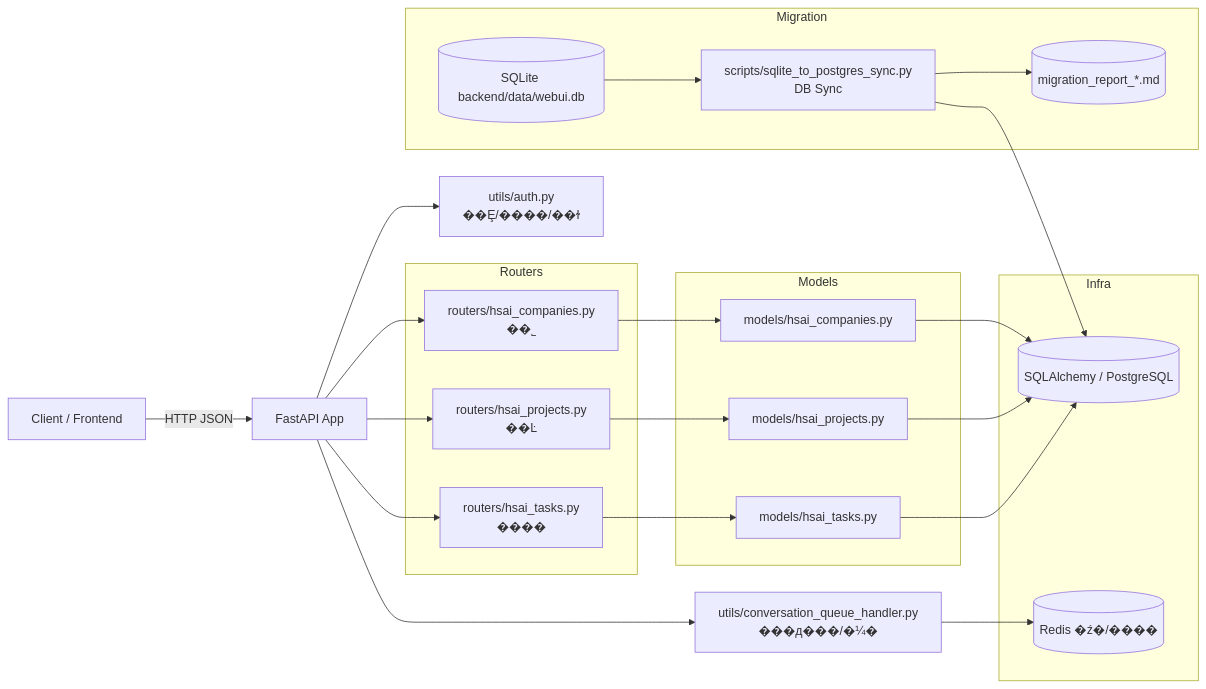
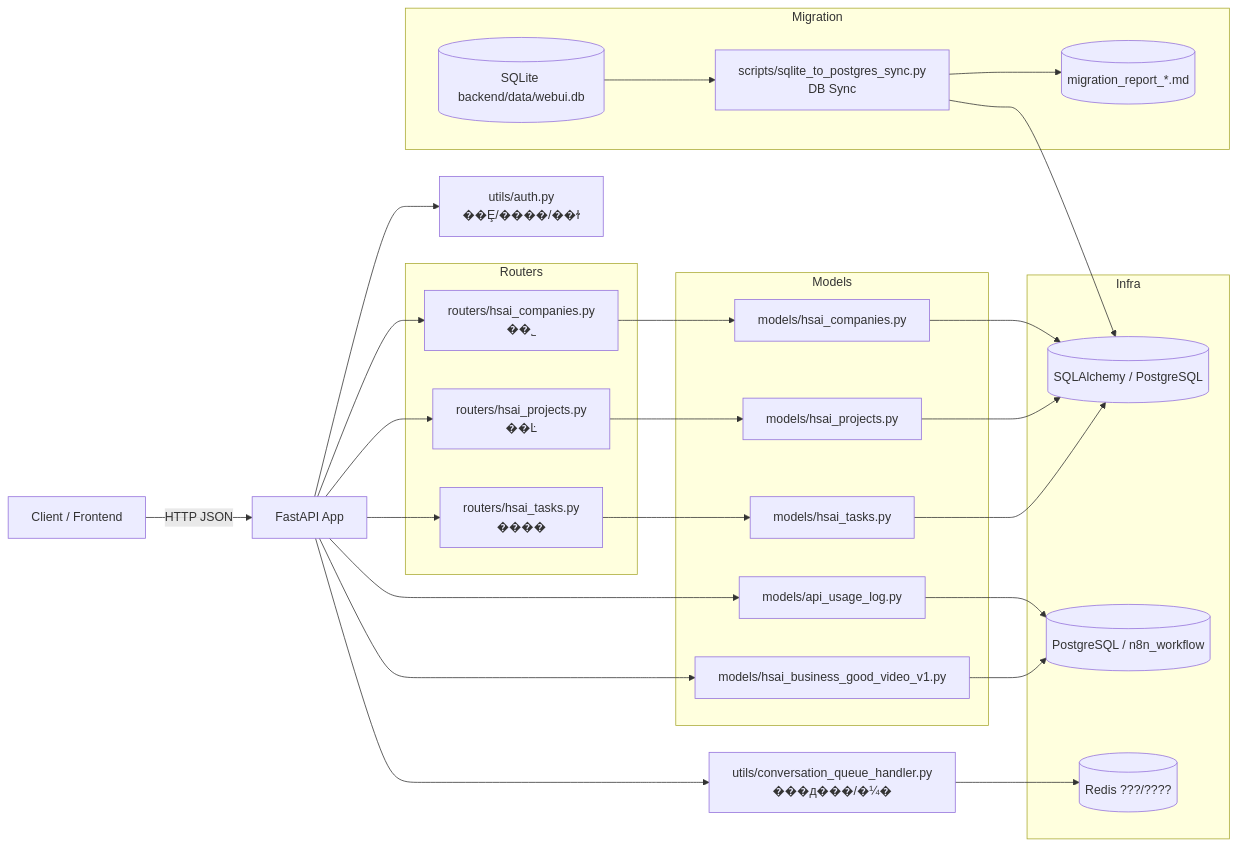
One commit to Cokefish9527/open-webui changed the first of 4 diagrams in PROJECTWIKI.md. Above: the diagram before and after it, drawn with Mermaid. The commit also changed other lines of this file and 6 other files, not shown here.

````diff
--- a/PROJECTWIKI.md
+++ b/PROJECTWIKI.md
@@ -15,38 +15,45 @@
 ```mermaid
 flowchart LR
   Client[Client / Frontend] -->|HTTP JSON| API[FastAPI App]
   API --> AUTH[utils/auth.py\n��Ȩ/����/��ɫ]
   subgraph Routers
     RC[routers/hsai_companies.py\n��˾]
     RP[routers/hsai_projects.py\n��Ŀ]
     RT[routers/hsai_tasks.py\n����]
   end
   API --> RC
   API --> RP
   API --> RT
   subgraph Models
     MC[models/hsai_companies.py]
     MP[models/hsai_projects.py]
     MT[models/hsai_tasks.py]
+    MA[models/api_usage_log.py]
+    MV[models/hsai_business_good_video_v1.py]
   end
   RC --> MC
   RP --> MP
   RT --> MT
   subgraph Infra
     DB[(SQLAlchemy / PostgreSQL)]
-    REDIS[(Redis �ź�/����)]
+    N8NDB[(PostgreSQL / n8n_workflow)]
+    REDIS[(Redis ???/????)]
   end
   subgraph Migration
     SQLITE[(SQLite backend/data/webui.db)]
     SYNC[scripts/sqlite_to_postgres_sync.py\nDB Sync]
     REPORT[(migration_report_*.md)]
   end
   MC --> DB
   MP --> DB
   MT --> DB
+  MA --> N8NDB
+  MV --> N8NDB
+  API --> MA
+  API --> MV
   API --> QH[utils/conversation_queue_handler.py\n���д���/�¼�]
   QH --> REDIS
   SQLITE --> SYNC
   SYNC --> DB
   SYNC --> REPORT
 ```
````
